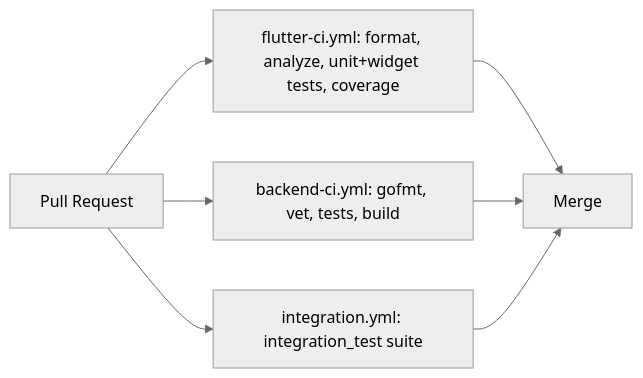
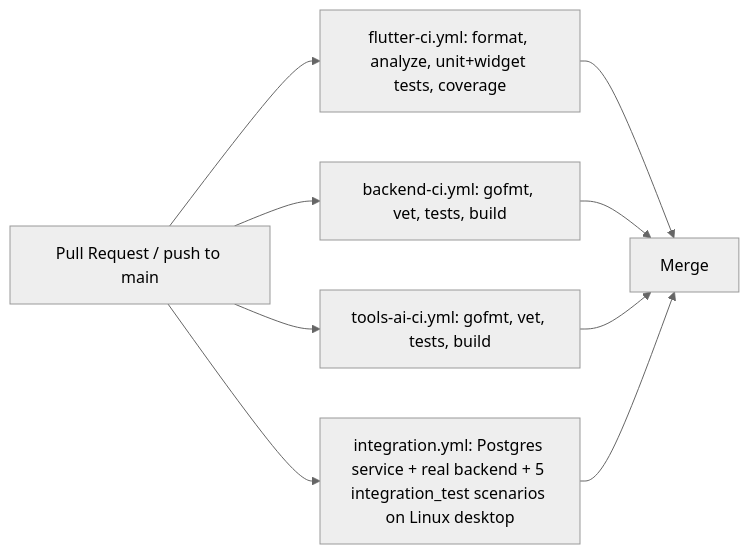
Before and after one commit to damilare-d/roam_pulse: the seventh of 7 diagrams in docs/ARCHITECTURE.md, drawn with Mermaid (neutral theme). The commit also changed other lines of this file and 2 other files, not shown here.

First line of the commit message:
feat(ci): add integration.yml to run the integration suite in CI

````diff
--- a/docs/ARCHITECTURE.md
+++ b/docs/ARCHITECTURE.md
@@ -288,9 +291,11 @@
 ```mermaid
 flowchart LR
-    PR[Pull Request] --> FlutterCI[flutter-ci.yml: format, analyze, unit+widget tests, coverage]
+    PR[Pull Request / push to main] --> FlutterCI[flutter-ci.yml: format, analyze, unit+widget tests, coverage]
     PR --> BackendCI[backend-ci.yml: gofmt, vet, tests, build]
-    PR --> IntegrationCI[integration.yml: integration_test suite]
+    PR --> ToolsAiCI[tools-ai-ci.yml: gofmt, vet, tests, build]
+    PR --> IntegrationCI[integration.yml: Postgres service + real backend + 5 integration_test scenarios on Linux desktop]
     FlutterCI --> Merge
     BackendCI --> Merge
+    ToolsAiCI --> Merge
     IntegrationCI --> Merge
 ```
````
